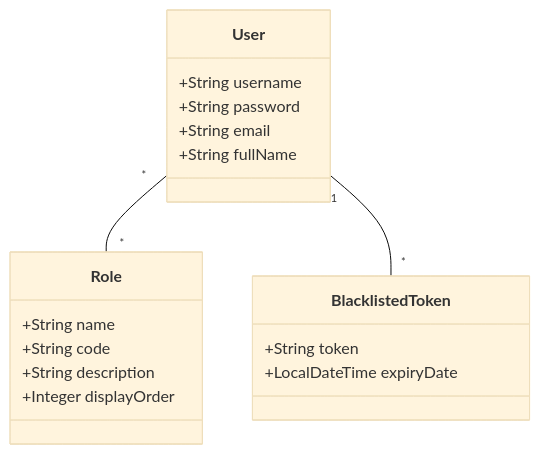
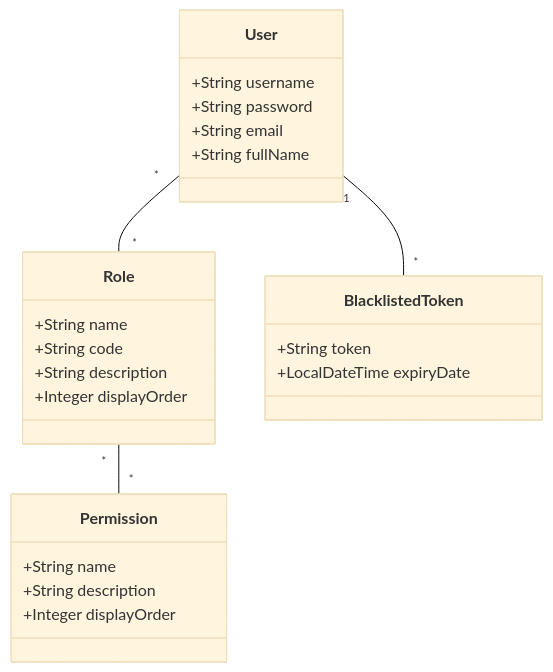
One commit to dnguyenminh/luckydraw-roo changed the second of 2 diagrams in docs/project-overview.md. Above: the diagram before and after it, drawn with Mermaid (base theme). The commit also changed 210 other files, not shown here.

````diff
--- a/docs/project-overview.md
+++ b/docs/project-overview.md
@@ -70,22 +70,28 @@
 ```mermaid
 classDiagram
     User "*" -- "*" Role
+    Role "*" -- "*" Permission
     User "1" -- "*" BlacklistedToken
 
     class User {
         +String username
         +String password
         +String email
         +String fullName
     }
     class Role {
         +String name
         +String code
         +String description
         +Integer displayOrder
     }
+    class Permission {
+        +String name
+        +String description
+        +Integer displayOrder
+    }
     class BlacklistedToken {
         +String token
         +LocalDateTime expiryDate
     }
 ```
````
